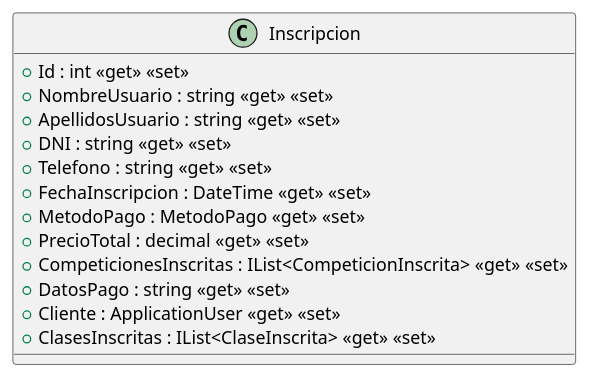
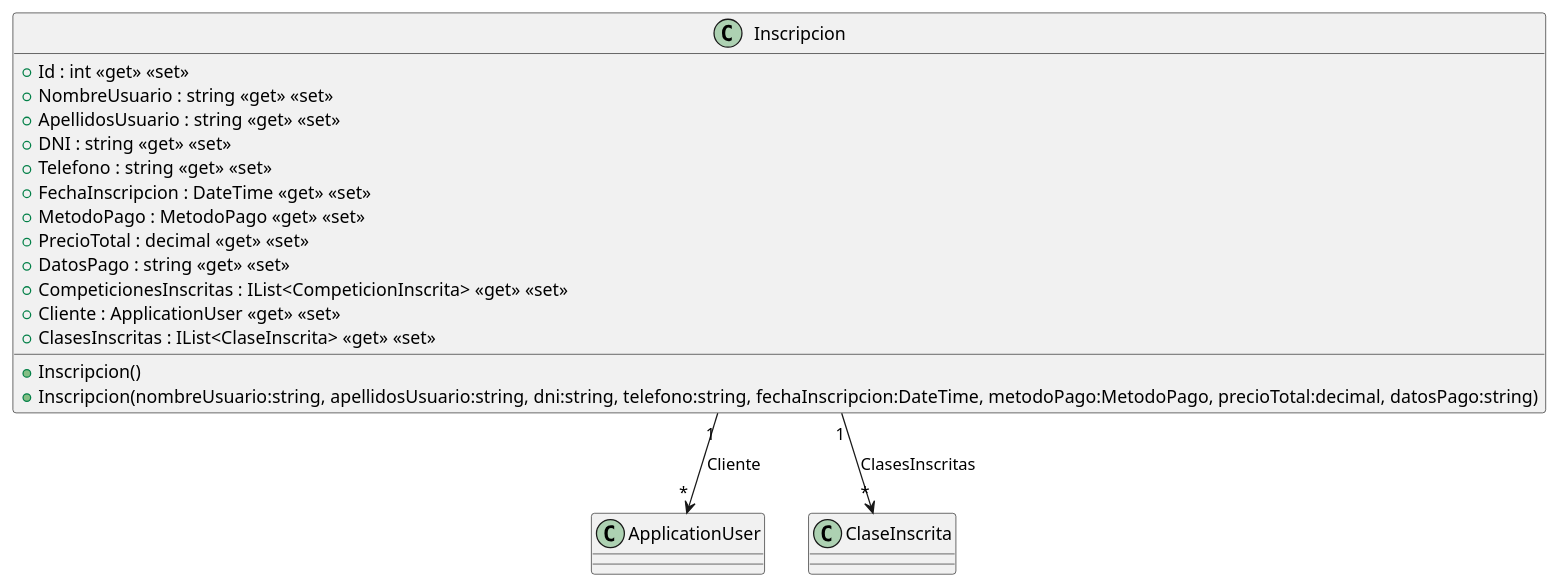
One commit to ISII26-27RJD/ISII2627-RDJ changed the diagram in src/AppForSEII.API/ClassDiagram/Inscripcion.puml. Above: the diagram before and after it, drawn with PlantUML. The commit also changed 21 other files, not shown here.

```diff
--- a/src/AppForSEII.API/ClassDiagram/Inscripcion.puml
+++ b/src/AppForSEII.API/ClassDiagram/Inscripcion.puml
@@ -1,16 +1,22 @@
 @startuml
 class Inscripcion {
+    + Inscripcion()
+    + Inscripcion(nombreUsuario:string, apellidosUsuario:string, dni:string, telefono:string, fechaInscripcion:DateTime, metodoPago:MetodoPago, precioTotal:decimal, datosPago:string)
     + Id : int <<get>> <<set>>
     + NombreUsuario : string <<get>> <<set>>
     + ApellidosUsuario : string <<get>> <<set>>
     + DNI : string <<get>> <<set>>
     + Telefono : string <<get>> <<set>>
     + FechaInscripcion : DateTime <<get>> <<set>>
     + MetodoPago : MetodoPago <<get>> <<set>>
     + PrecioTotal : decimal <<get>> <<set>>
+    + DatosPago : string <<get>> <<set>>
     + CompeticionesInscritas : IList<CompeticionInscrita> <<get>> <<set>>
-    + DatosPago : string <<get>> <<set>>
     + Cliente : ApplicationUser <<get>> <<set>>
     + ClasesInscritas : IList<ClaseInscrita> <<get>> <<set>>
 }
+
+Inscripcion "1" --> "*" ApplicationUser : Cliente
+Inscripcion "1" --> "*" ClaseInscrita : ClasesInscritas
+
 @enduml
```
